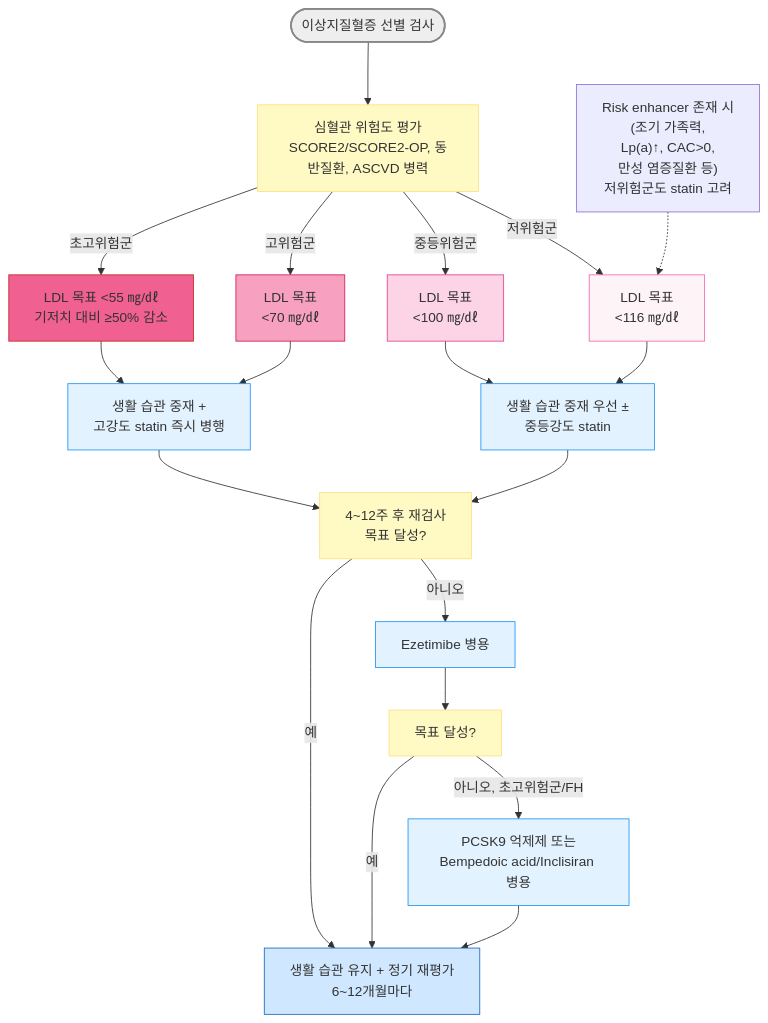
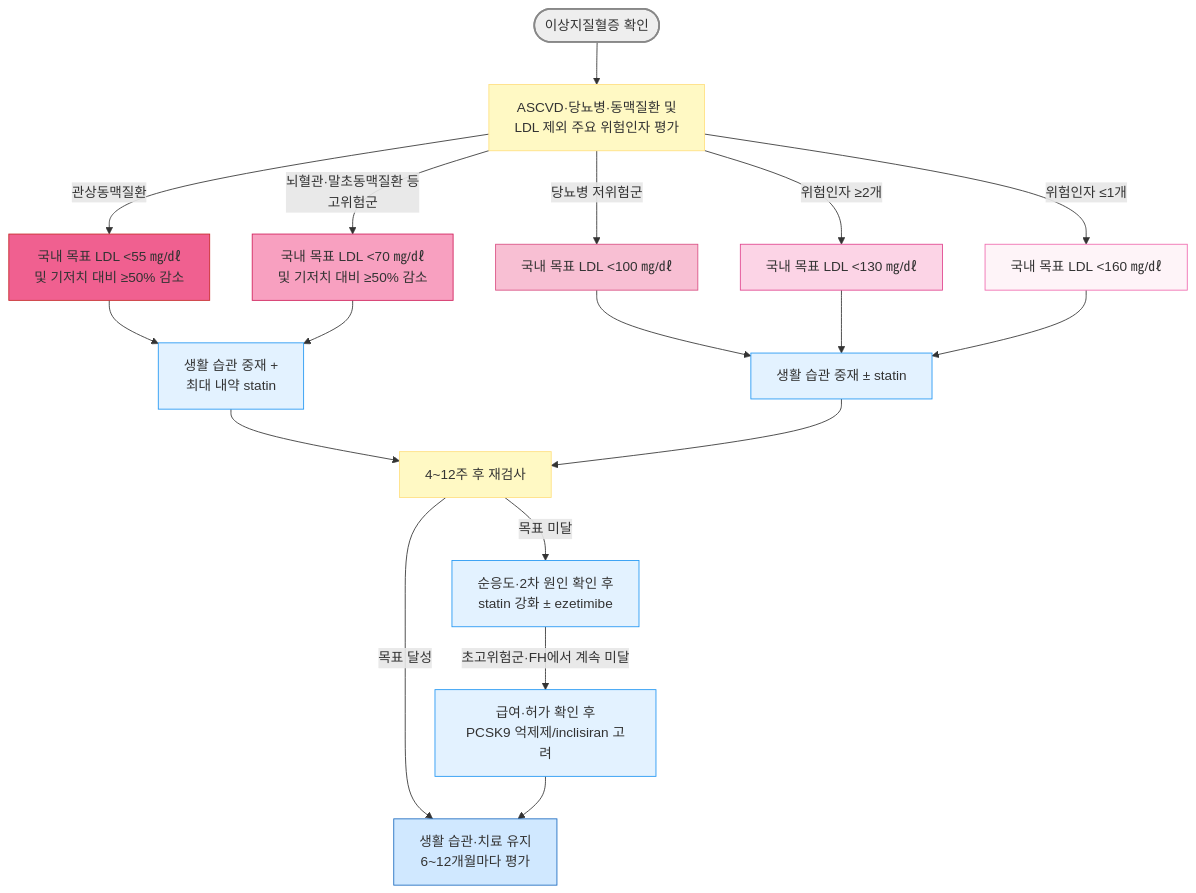
The diagram in 225_/099_-dyslipidemia.md (familyoh77/familyoh77), drawn with Mermaid before and after one commit. The commit also changed other lines of this file, not shown here.

````diff
--- a/225_/099_-dyslipidemia.md
+++ b/225_/099_-dyslipidemia.md
@@ -214,33 +192,33 @@
 ```mermaid
 graph TD
-    A([이상지질혈증 선별 검사]) --> B[심혈관 위험도 평가<br/>SCORE2/SCORE2-OP, 동반질환, ASCVD 병력]
-    B -->|초고위험군| C[LDL 목표 &lt;55 ㎎/㎗<br/>기저치 대비 ≥50% 감소]
-    B -->|고위험군| D[LDL 목표<br/><70 ㎎/㎗]
-    B -->|중등위험군| E[LDL 목표<br/><100 ㎎/㎗]
-    B -->|저위험군| F[LDL 목표<br/><116 ㎎/㎗]
-    N["Risk enhancer 존재 시<br/>(조기 가족력, <br/>Lp(a)↑, CAC&gt;0,<br/>만성 염증질환 등)<br/>저위험군도 statin 고려"] -.-> F
-    C --> G[생활 습관 중재 + <br/>고강도 statin 즉시 병행]
-    D --> G
-    E --> H[생활 습관 중재 우선 ± <br/>중등강도 statin]
-    F --> H
-    G --> I[4~12주 후 재검사<br/>목표 달성?]
-    H --> I
-    I -->|아니오| J[Ezetimibe 병용]
-    J --> K[목표 달성?]
-    K -->|아니오, 초고위험군/FH| L[PCSK9 억제제 또는<br/>Bempedoic acid/Inclisiran 병용]
-    I -->|예| M[생활 습관 유지 + 정기 재평가<br/>6~12개월마다]
-    K -->|예| M
+    A([이상지질혈증 확인]) --> B[ASCVD·당뇨병·동맥질환 및<br/>LDL 제외 주요 위험인자 평가]
+    B -->|관상동맥질환| C[국내 목표 LDL &lt;55 ㎎/㎗<br/>및 기저치 대비 ≥50% 감소]
+    B -->|뇌혈관·말초동맥질환 등<br/>고위험군| D[국내 목표 LDL &lt;70 ㎎/㎗<br/>및 기저치 대비 ≥50% 감소]
+    B -->|당뇨병 저위험군| E[국내 목표 LDL &lt;100 ㎎/㎗]
+    B -->|위험인자 ≥2개| F[국내 목표 LDL &lt;130 ㎎/㎗]
+    B -->|위험인자 ≤1개| G[국내 목표 LDL &lt;160 ㎎/㎗]
+    C --> H[생활 습관 중재 +<br/>최대 내약 statin]
+    D --> H
+    E --> I[생활 습관 중재 ± statin]
+    F --> I
+    G --> I
+    H --> J[4~12주 후 재검사]
+    I --> J
+    J -->|목표 미달| K[순응도·2차 원인 확인 후<br/>statin 강화 ± ezetimibe]
+    K -->|초고위험군·FH에서 계속 미달| L[급여·허가 확인 후<br/>PCSK9 억제제/inclisiran 고려]
+    J -->|목표 달성| M[생활 습관·치료 유지<br/>6~12개월마다 평가]
     L --> M
 
 style A fill:#eeeeee,stroke:#888888,stroke-width:2px
 classDef yellow fill:#fff9c4,stroke:#ffe082
-class B,I,K yellow
-style F fill:#fef4f8,stroke:#f06baf
-style E fill:#fcd4e6,stroke:#e0448e
+class B,J,K yellow
+style G fill:#fef4f8,stroke:#f06baf
+style F fill:#fcd4e6,stroke:#e0448e
+style E fill:#f8bfd3,stroke:#d94f83
 style D fill:#f8a0c0,stroke:#d01f5a
 style C fill:#f06090,stroke:#c62828
 classDef sky fill:#e3f2ff,stroke:#2196f3
-class G,H,J,L sky
+class H,I,K,L sky
 style M fill:#d0e8ff,stroke:#1a6abf
 
 ```
````
